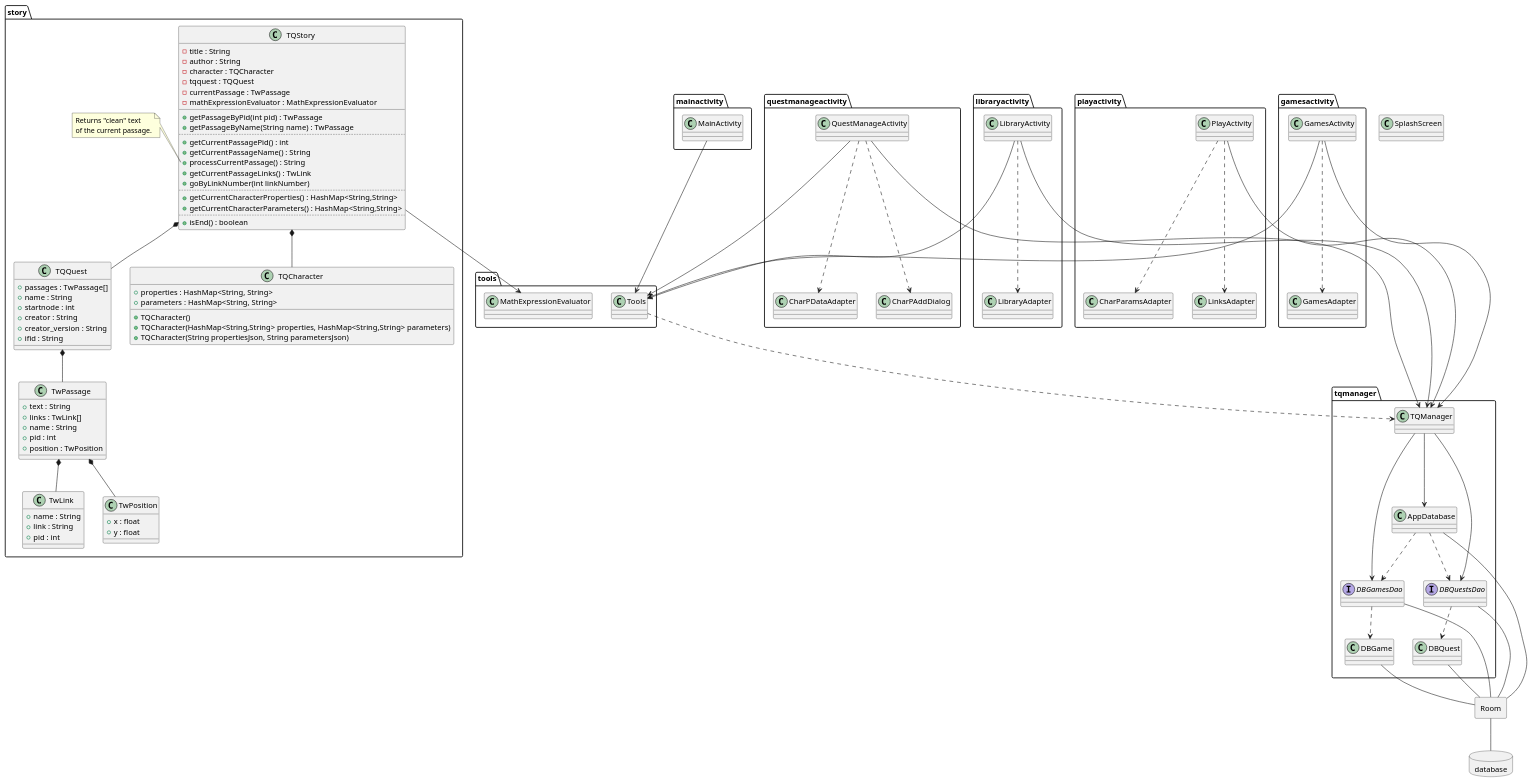
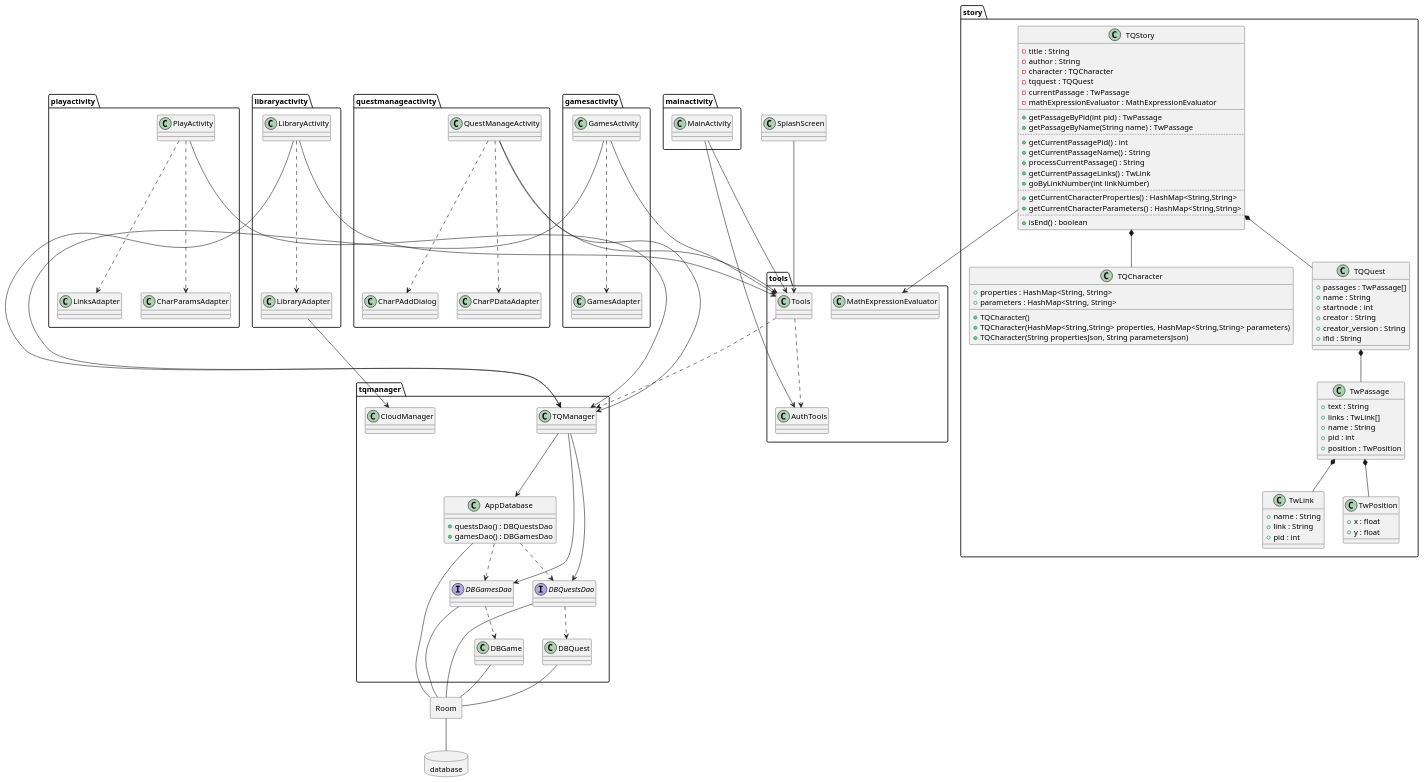
Before and after one commit to kmnjkl/TextQuest: the diagram in TextQuest.puml, drawn with PlantUML. The commit also changed 6 other files, not shown here.

Commit message:
CloudManager

```diff
--- a/TextQuest.puml
+++ b/TextQuest.puml
@@ -1,154 +1,160 @@
 @startuml
 
 together {
   package mainactivity {
     class MainActivity
   }
 
   package gamesactivity {
     class GamesActivity
     GamesActivity ..> GamesAdapter
     class GamesAdapter
   }
 
   package libraryactivity {
     class LibraryActivity
     LibraryActivity ..> LibraryAdapter
     class LibraryAdapter
   }
 
   package questmanageactivity {
     class QuestManageActivity
     QuestManageActivity ..> CharPDataAdapter
     QuestManageActivity ..> CharPAddDialog
     class CharPDataAdapter
     class CharPAddDialog
   }
 
   package playactivity {
     class PlayActivity
     PlayActivity ..> CharParamsAdapter
     PlayActivity ..> LinksAdapter
     class CharParamsAdapter
     class LinksAdapter
   }
 }
 
 package story {
   class TQStory {
     -title : String
     -author : String
     -character : TQCharacter
     -tqquest : TQQuest
     -currentPassage : TwPassage
     -mathExpressionEvaluator : MathExpressionEvaluator
     __
     +getPassageByPid(int pid) : TwPassage
     +getPassageByName(String name) : TwPassage
     ..
     +getCurrentPassagePid() : int
     +getCurrentPassageName() : String
     +processCurrentPassage() : String
     +getCurrentPassageLinks() : TwLink
     +goByLinkNumber(int linkNumber)
     ..
     +getCurrentCharacterProperties() : HashMap<String,String>
     +getCurrentCharacterParameters() : HashMap<String,String>
     ..
     +isEnd() : boolean
   }
-  note left of TQStory::processCurrentPassage
-    Returns "clean" text
-    of the current passage.
-  end note
+
   TQStory *-- TQQuest
   TQStory *-- TQCharacter
   class TQCharacter {
     +properties : HashMap<String, String>
     +parameters : HashMap<String, String>
 
     +TQCharacter()
     +TQCharacter(HashMap<String,String> properties, HashMap<String,String> parameters)
     +TQCharacter(String propertiesJson, String parametersJson)
   }
   class TQQuest {
     +passages : TwPassage[]
     +name : String
     +startnode : int
     +creator : String
     +creator_version : String
     +ifid : String
   }
   TQQuest *-- TwPassage
   class TwPassage {
     +text : String
     +links : TwLink[]
     +name : String
     +pid : int
     +position : TwPosition
   }
   TwPassage *-- TwPosition
   TwPassage *-- TwLink
   class TwPosition {
     +x : float
     +y : float
   }
   class TwLink {
     +name : String
     +link : String
     +pid : int
   }
 }
 
 package tqmanager {
-  class TQManager
-  PlayActivity --> TQManager
-  QuestManageActivity --> TQManager
-  GamesActivity --> TQManager
-  LibraryActivity --> TQManager
-  TQManager --> AppDatabase
-  TQManager --> DBGamesDao
-  TQManager --> DBQuestsDao
-  class AppDatabase
-  AppDatabase ..> DBGamesDao
-  AppDatabase ..> DBQuestsDao
+  class CloudManager
+  LibraryAdapter --> CloudManager
   together {
-    class DBGame
-    interface DBGamesDao
-    DBGamesDao ..> DBGame
-  }
-  together {
-    class DBQuest
-    interface DBQuestsDao
-    DBQuestsDao ..> DBQuest
+    class TQManager
+    PlayActivity --> TQManager
+    QuestManageActivity --> TQManager
+    GamesActivity --> TQManager
+    LibraryActivity --> TQManager
+    TQManager --> AppDatabase
+    TQManager --> DBGamesDao
+    TQManager --> DBQuestsDao
+    class AppDatabase {
+      +questsDao() : DBQuestsDao
+      +gamesDao() : DBGamesDao
+    }
+    AppDatabase ..> DBGamesDao
+    AppDatabase ..> DBQuestsDao
+    together {
+      class DBGame
+      interface DBGamesDao
+      DBGamesDao ..> DBGame
+    }
+    together {
+      class DBQuest
+      interface DBQuestsDao
+      DBQuestsDao ..> DBQuest
+    }
   }
 }
 AppDatabase -- Room
 DBGamesDao -- Room
 DBGame -- Room
 DBQuestsDao -- Room
 DBQuest -- Room
 package Room <<Rectangle>> {
 
 }
 Room -- database
 database database {
 
 }
 
 package tools {
   class Tools
   Tools ..> TQManager
   MainActivity --> Tools
   GamesActivity --> Tools
   QuestManageActivity --> Tools
   LibraryActivity --> Tools
   class MathExpressionEvaluator
   TQStory --> MathExpressionEvaluator
+  class AuthTools
+  Tools ..> AuthTools
+  MainActivity --> AuthTools
 }
 
-class SplashScreen {
-
-}
+class SplashScreen
+SplashScreen --> Tools
 
 @enduml
```
